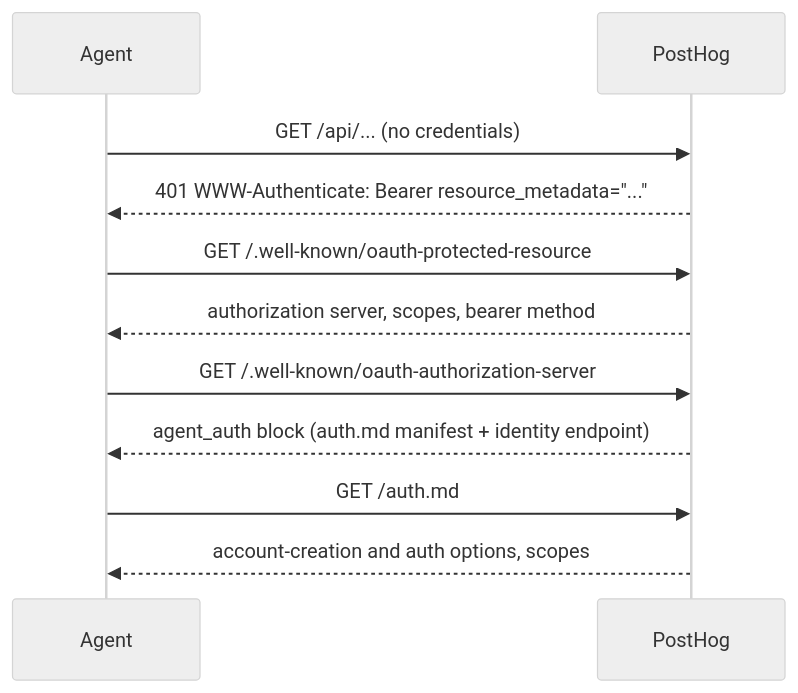
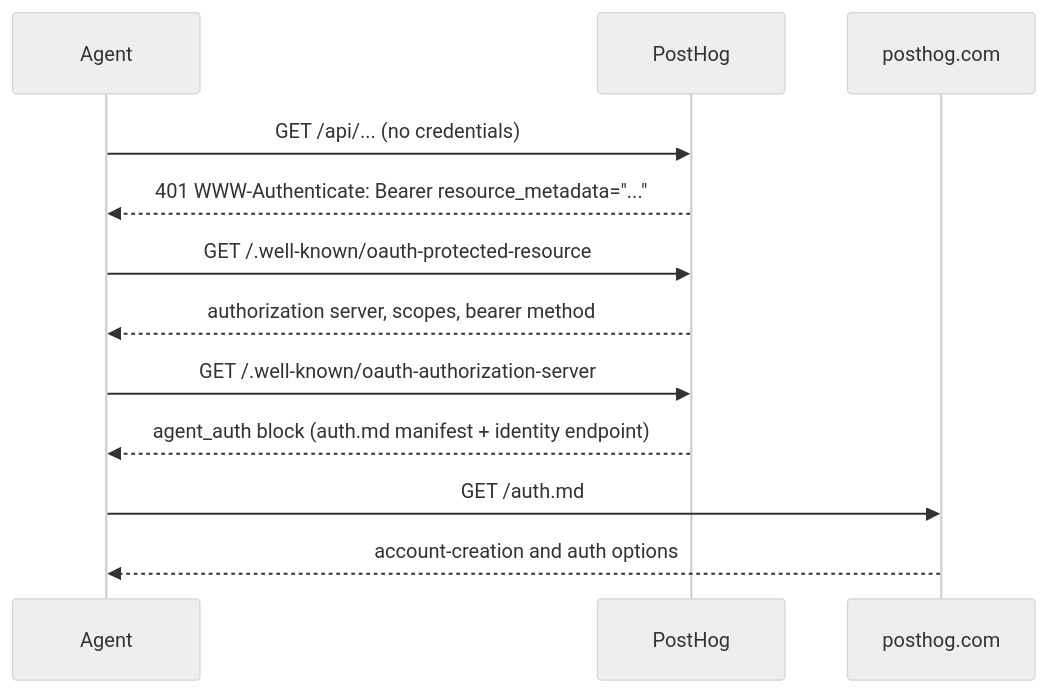
The diagram in contents/docs/settings/agent-discovery.mdx (PostHog/posthog.com), drawn with Mermaid (neutral theme) before and after one commit. The commit also changed other lines of this file and 2 other files, not shown here.

First line of the commit message:
feat(docs): host the auth.md agent manifest on posthog.com

````diff
--- a/contents/docs/settings/agent-discovery.mdx
+++ b/contents/docs/settings/agent-discovery.mdx
@@ -33,14 +33,15 @@
 ```mermaid
 sequenceDiagram
     participant A as Agent
     participant PH as PostHog
+    participant W as posthog.com
 
     A->>PH: GET /api/... (no credentials)
     PH-->>A: 401 WWW-Authenticate: Bearer resource_metadata="..."
     A->>PH: GET /.well-known/oauth-protected-resource
     PH-->>A: authorization server, scopes, bearer method
     A->>PH: GET /.well-known/oauth-authorization-server
     PH-->>A: agent_auth block (auth.md manifest + identity endpoint)
-    A->>PH: GET /auth.md
-    PH-->>A: account-creation and auth options, scopes
+    A->>W: GET /auth.md
+    W-->>A: account-creation and auth options
 ```
````
